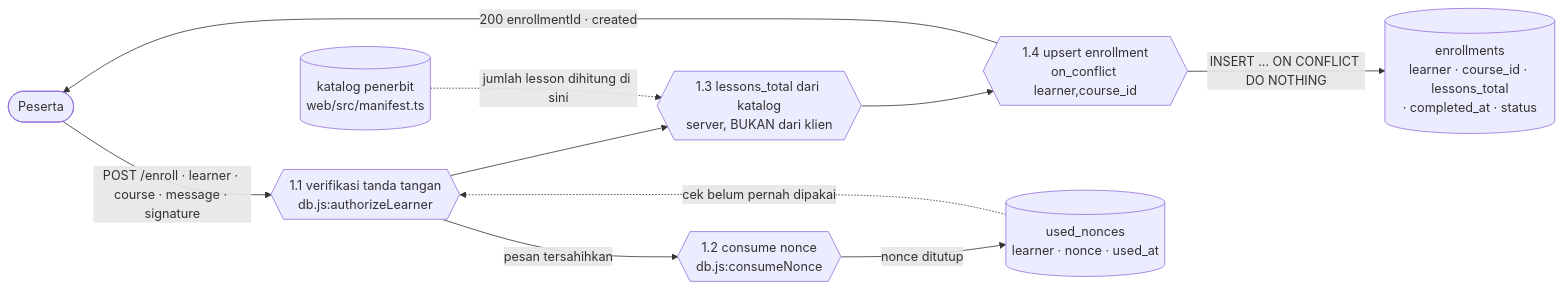
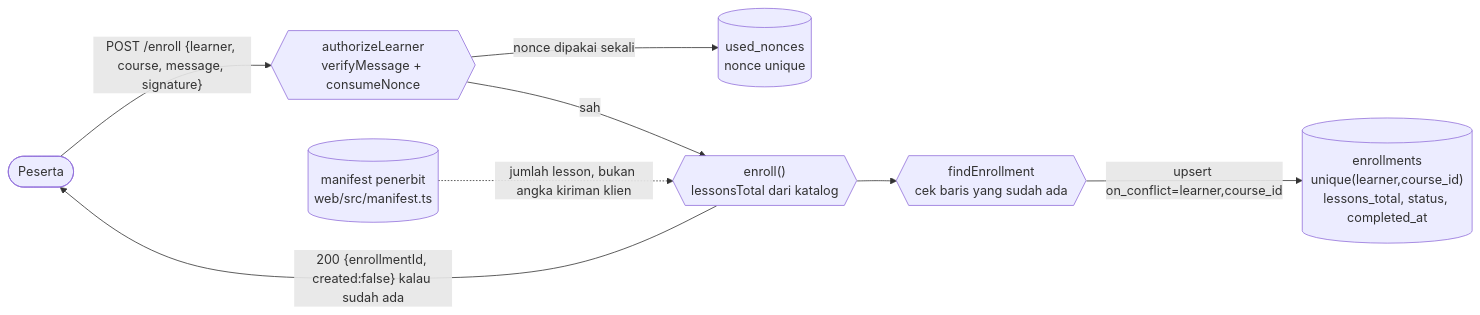
The fourth of 15 diagrams in vault/00-Overview/12 - Business Process.md (Shenhan01-sys/Lencana), drawn with Mermaid before and after one commit. The commit also changed other lines of this file and 14 other files, not shown here.

````diff
--- a/vault/00-Overview/12 - Business Process.md
+++ b/vault/00-Overview/12 - Business Process.md
@@ -212,21 +210,18 @@
 ```mermaid
 flowchart LR
   PE([Peserta])
-  RR{{"1.1 verifikasi tanda tangan<br/>db.js:authorizeLearner"}}
-  NN{{"1.2 consume nonce<br/>db.js:consumeNonce"}}
-  LT{{"1.3 lessons_total dari katalog<br/>server, BUKAN dari klien"}}
-  UP{{"1.4 upsert enrollment<br/>on_conflict learner,course_id"}}
-  S1[("used_nonces<br/>learner · nonce · used_at")]
-  S2[("enrollments<br/>learner · course_id · lessons_total<br/>· completed_at · status")]
-  CAT[("katalog penerbit<br/>web/src/manifest.ts")]
+  A1{{"authorizeLearner<br/>verifyMessage + consumeNonce"}}
+  A2{{"enroll()<br/>lessonsTotal dari katalog"}}
+  A3{{"findEnrollment<br/>cek baris yang sudah ada"}}
+  N1[("used_nonces<br/>nonce unique")]
+  T1[("enrollments<br/>unique(learner,course_id)<br/>lessons_total, status, completed_at")]
+  MF[("manifest penerbit<br/>web/src/manifest.ts")]
 
-  PE -->|POST /enroll · learner · course · message · signature| RR
-  S1 -.->|cek belum pernah dipakai| RR
-  RR -->|pesan tersahihkan| NN
-  NN -->|nonce ditutup| S1
-  RR --> LT
-  CAT -.->|jumlah lesson dihitung di sini| LT
-  LT --> UP
-  UP -->|INSERT ... ON CONFLICT DO NOTHING| S2
-  UP -->|200 enrollmentId · created| PE
+  PE -->|"POST /enroll {learner, course, message, signature}"| A1
+  A1 -->|"nonce dipakai sekali"| N1
+  A1 -->|sah| A2
+  MF -.->|"jumlah lesson, bukan angka kiriman klien"| A2
+  A2 --> A3
+  A3 -->|"upsert on_conflict=learner,course_id"| T1
+  A2 -->|"200 {enrollmentId, created:false} kalau sudah ada"| PE
 ```
````
